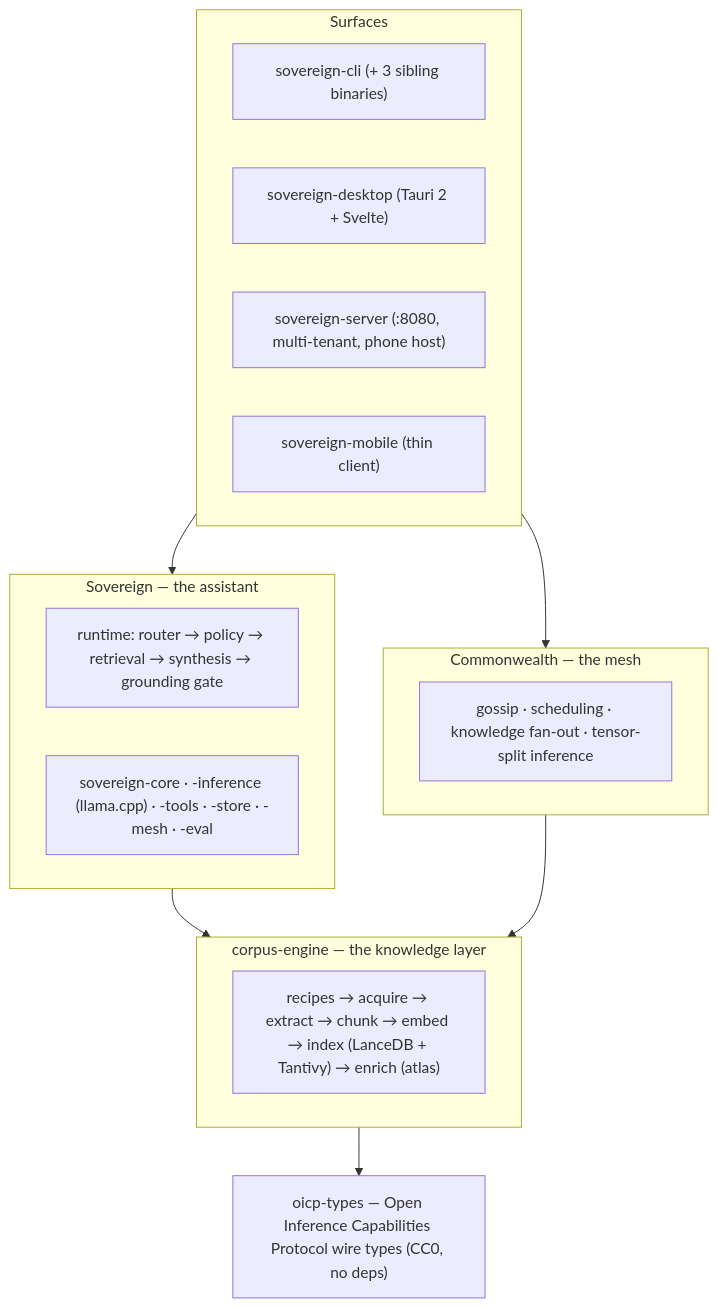
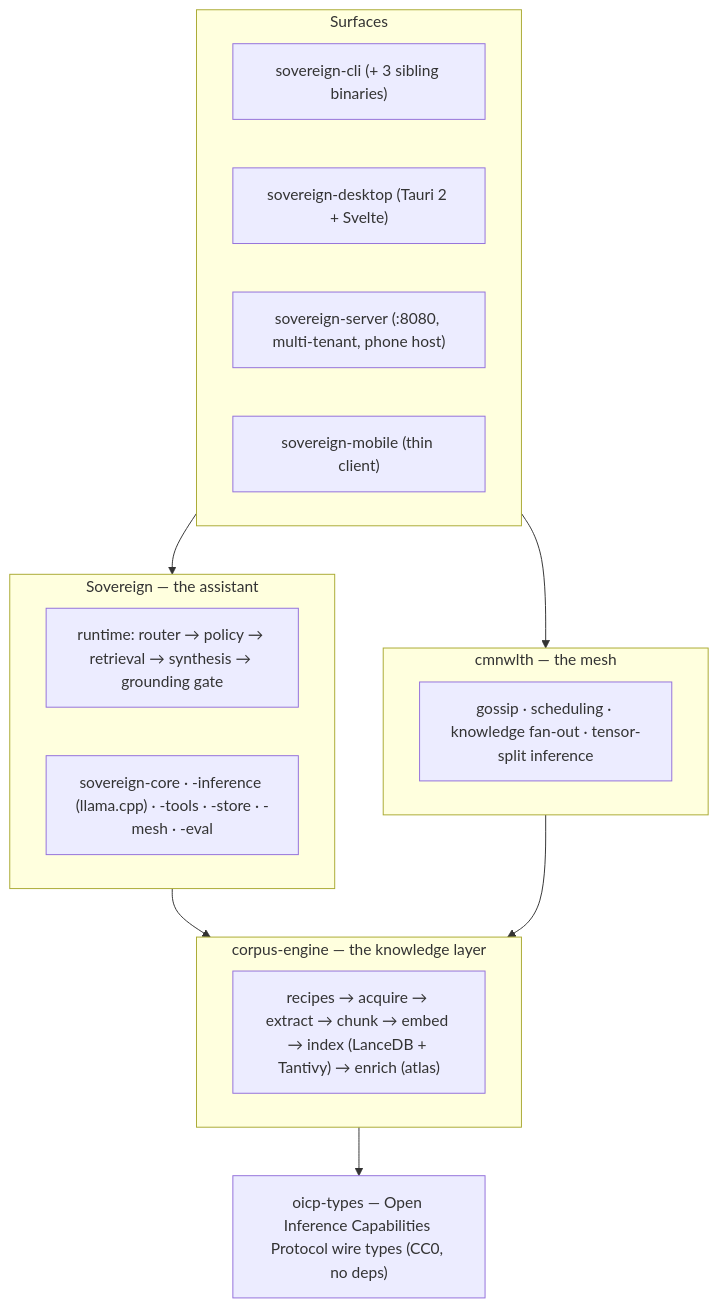
One commit to alexsbryan/commonwealth-ai changed the first of 4 diagrams in docs/ARCHITECTURE_TOUR.md. Above: the diagram before and after it, drawn with Mermaid. The commit also changed other lines of this file and 11 other files, not shown here.

First line of the commit message:
docs: rebrand mesh to cmnwlth, migrate CLI to svrn, fix mesh sequence diagram

````diff
--- a/docs/ARCHITECTURE_TOUR.md
+++ b/docs/ARCHITECTURE_TOUR.md
@@ -39,26 +39,26 @@
 ```mermaid
 flowchart TD
     subgraph surfaces [Surfaces]
         CLI["sovereign-cli (+ 3 sibling binaries)"]
         Desktop["sovereign-desktop (Tauri 2 + Svelte)"]
         Server["sovereign-server (:8080, multi-tenant, phone host)"]
         Mobile["sovereign-mobile (thin client)"]
     end
     subgraph sovereign [Sovereign — the assistant]
         Runtime["runtime: router → policy → retrieval → synthesis → grounding gate"]
         Crates["sovereign-core · -inference (llama.cpp) · -tools · -store · -mesh · -eval"]
     end
-    subgraph commonwealth [Commonwealth — the mesh]
+    subgraph commonwealth [cmnwlth — the mesh]
         Mesh["gossip · scheduling · knowledge fan-out · tensor-split inference"]
     end
     subgraph corpus [corpus-engine — the knowledge layer]
         Engine["recipes → acquire → extract → chunk → embed → index (LanceDB + Tantivy) → enrich (atlas)"]
     end
     OICP["oicp-types — Open Inference Capabilities Protocol wire types (CC0, no deps)"]
 
     surfaces --> sovereign
     surfaces --> commonwealth
     sovereign --> corpus
     commonwealth --> corpus
     corpus --> OICP
 ```
````
